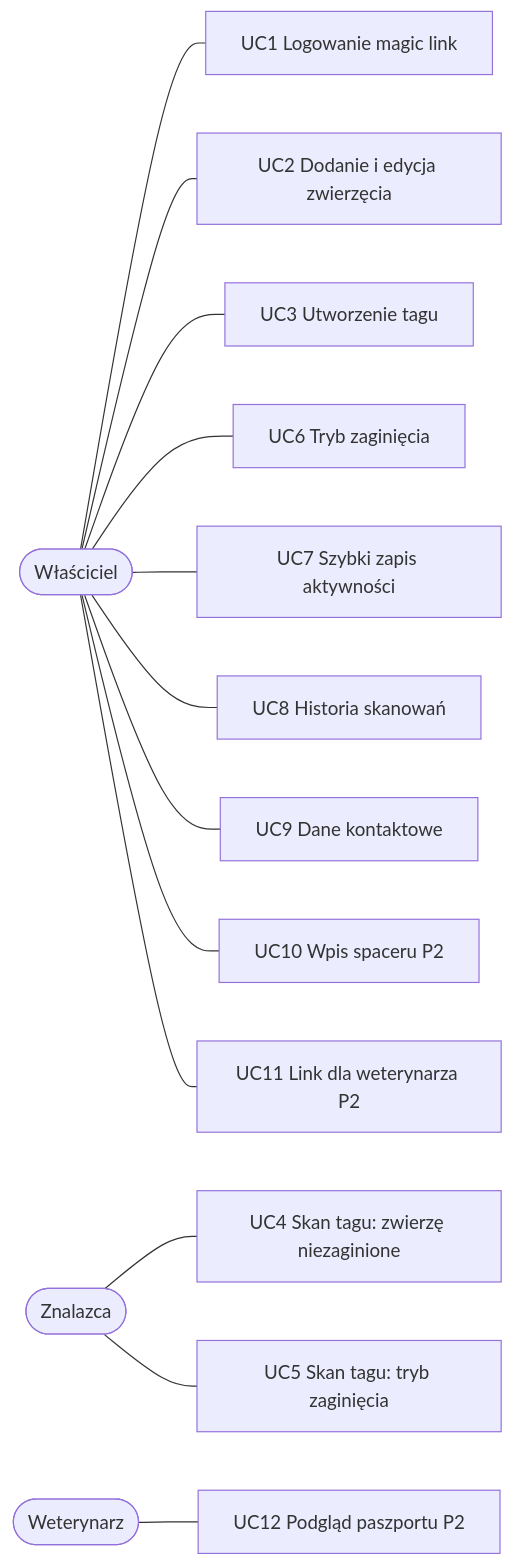
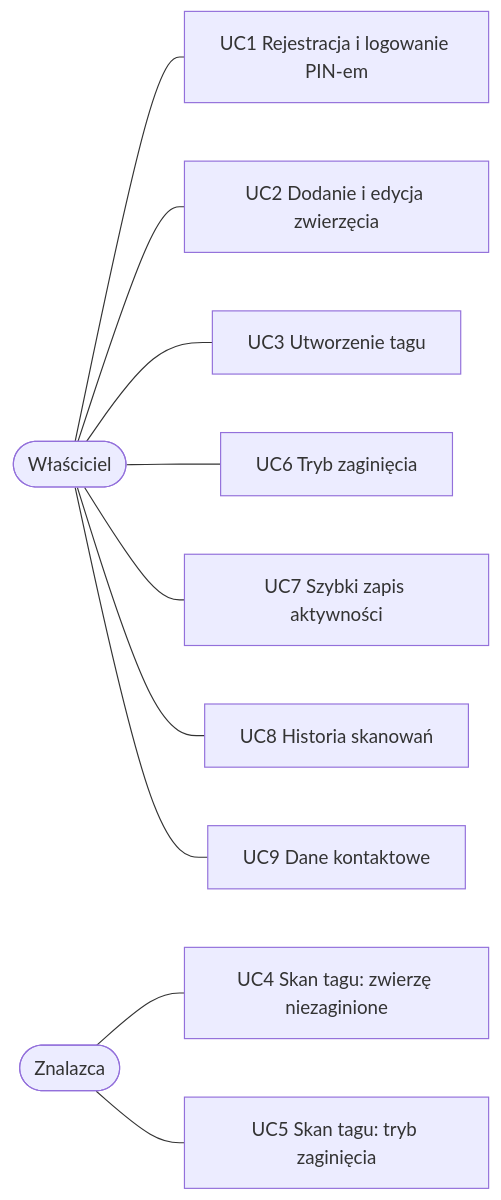
The diagram in plan/02-przypadki-uzycia.md (FullC0ntrol/petracer), drawn with Mermaid before and after one commit. The commit also changed other lines of this file and 97 other files, not shown here.

````diff
--- a/plan/02-przypadki-uzycia.md
+++ b/plan/02-przypadki-uzycia.md
@@ -17,21 +14,16 @@
 ```mermaid
 flowchart LR
   W([Właściciel])
   Z([Znalazca])
-  V([Weterynarz])
 
-  W --- UC1[UC1 Logowanie magic link]
+  W --- UC1[UC1 Rejestracja i logowanie PIN-em]
   W --- UC2[UC2 Dodanie i edycja zwierzęcia]
   W --- UC3[UC3 Utworzenie tagu]
   W --- UC6[UC6 Tryb zaginięcia]
   W --- UC7[UC7 Szybki zapis aktywności]
   W --- UC8[UC8 Historia skanowań]
   W --- UC9[UC9 Dane kontaktowe]
-  W --- UC10[UC10 Wpis spaceru P2]
-  W --- UC11[UC11 Link dla weterynarza P2]
 
   Z --- UC4[UC4 Skan tagu: zwierzę niezaginione]
   Z --- UC5[UC5 Skan tagu: tryb zaginięcia]
-
-  V --- UC12[UC12 Podgląd paszportu P2]
 ```
````
